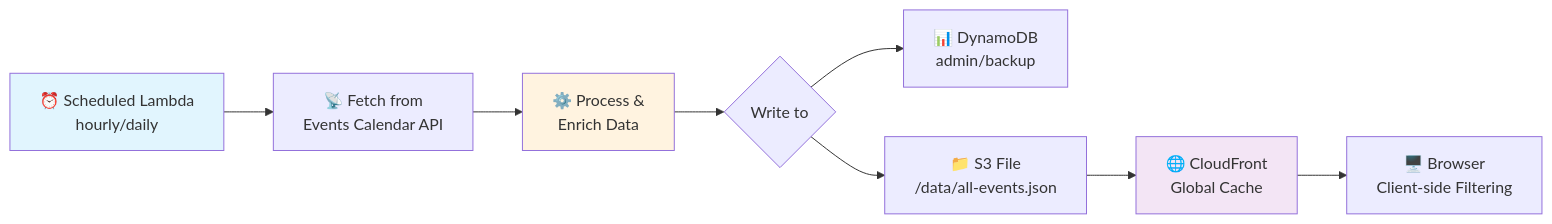
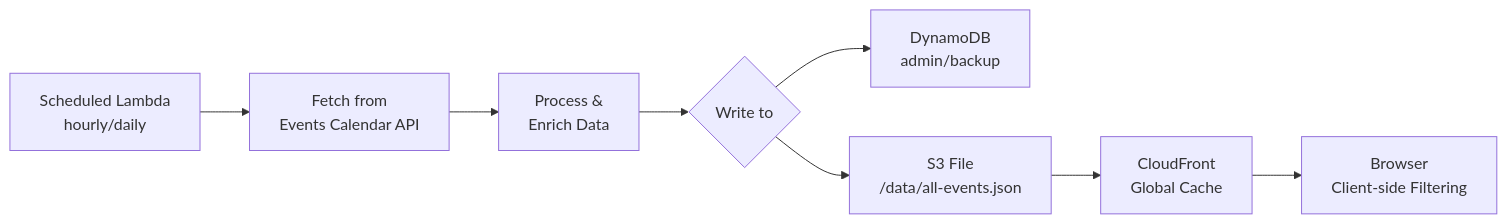
The sixth of 8 diagrams in docs/DEVELOPMENT_HISTORY.md (bbernstein/chq-calendar), drawn with Mermaid before and after one commit. The commit also changed other lines of this file, not shown here.

First line of the commit message:
Fix Mermaid diagram syntax for GitHub compatibility

````diff
--- a/docs/DEVELOPMENT_HISTORY.md
+++ b/docs/DEVELOPMENT_HISTORY.md
@@ -268,14 +240,10 @@
 ```mermaid
 graph LR
-    Schedule[⏰ Scheduled Lambda<br/>hourly/daily] --> Fetch[📡 Fetch from<br/>Events Calendar API]
-    Fetch --> Process[⚙️ Process &<br/>Enrich Data]
+    Schedule[Scheduled Lambda<br/>hourly/daily] --> Fetch[Fetch from<br/>Events Calendar API]
+    Fetch --> Process[Process &<br/>Enrich Data]
     Process --> Split{Write to}
-    Split --> DDB[📊 DynamoDB<br/>admin/backup]
-    Split --> S3File[📁 S3 File<br/>/data/all-events.json]
-    S3File --> CF[🌐 CloudFront<br/>Global Cache]
-    CF --> Browser[🖥️ Browser<br/>Client-side Filtering]
-    
-    style Schedule fill:#e1f5fe
-    style Process fill:#fff3e0
-    style CF fill:#f3e5f5
+    Split --> DDB[DynamoDB<br/>admin/backup]
+    Split --> S3File[S3 File<br/>/data/all-events.json]
+    S3File --> CF[CloudFront<br/>Global Cache]
+    CF --> Browser[Browser<br/>Client-side Filtering]
 ```
````
